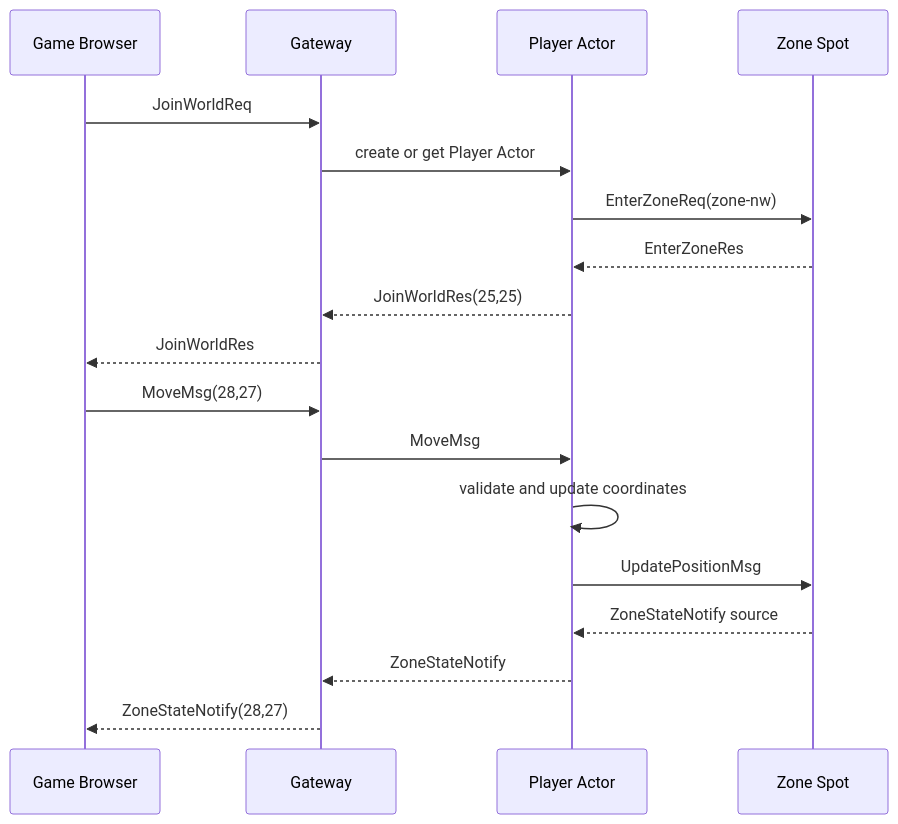
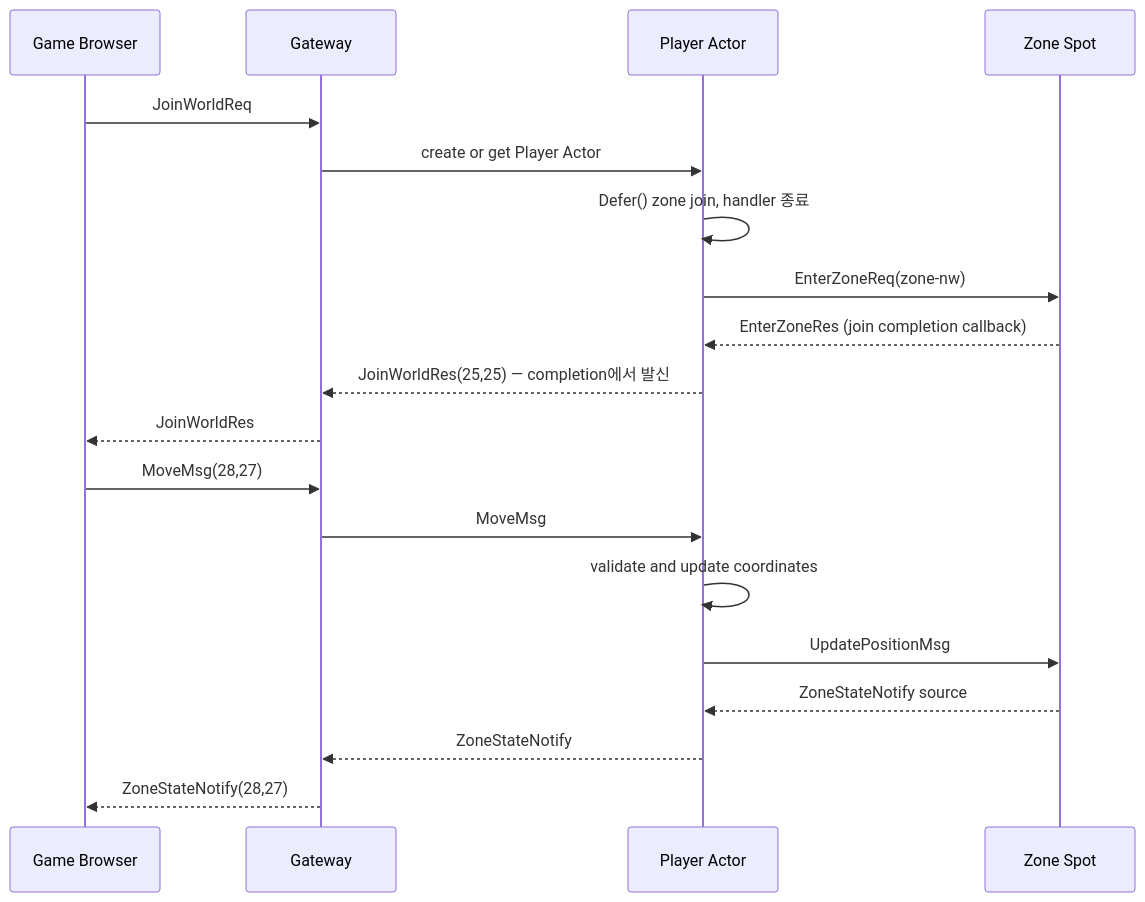
One commit to zlink-systems/zlink changed the second of 4 diagrams in framework/doc/framework/common/sample/zoneworld/README.ko.md. Above: the diagram before and after it, drawn with Mermaid. The commit also changed other lines of this file and 3 other files, not shown here.

````diff
--- a/framework/doc/framework/common/sample/zoneworld/README.ko.md
+++ b/framework/doc/framework/common/sample/zoneworld/README.ko.md
@@ -391,21 +430,22 @@
 ```mermaid
 sequenceDiagram
     participant C as Game Browser
     participant G as Gateway
     participant A as Player Actor
     participant Z as Zone Spot
 
     C->>G: JoinWorldReq
     G->>A: create or get Player Actor
+    A->>A: Defer() zone join, handler 종료
     A->>Z: EnterZoneReq(zone-nw)
-    Z-->>A: EnterZoneRes
-    A-->>G: JoinWorldRes(25,25)
+    Z-->>A: EnterZoneRes (join completion callback)
+    A-->>G: JoinWorldRes(25,25) — completion에서 발신
     G-->>C: JoinWorldRes
     C->>G: MoveMsg(28,27)
     G->>A: MoveMsg
     A->>A: validate and update coordinates
     A->>Z: UpdatePositionMsg
     Z-->>A: ZoneStateNotify source
     A-->>G: ZoneStateNotify
     G-->>C: ZoneStateNotify(28,27)
 ```
````
